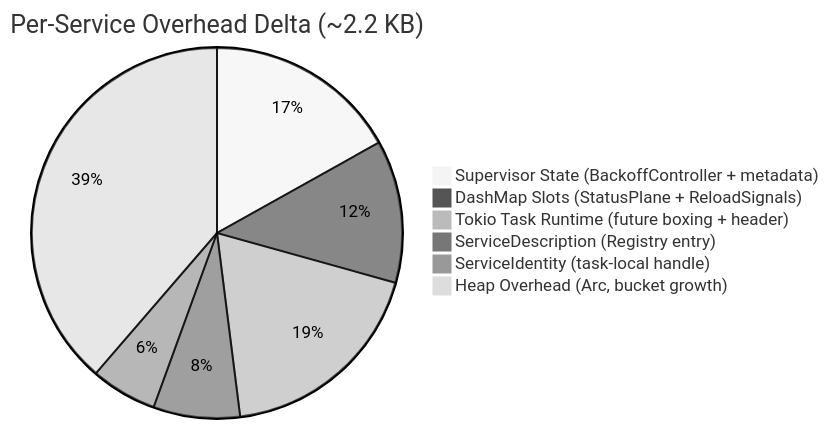
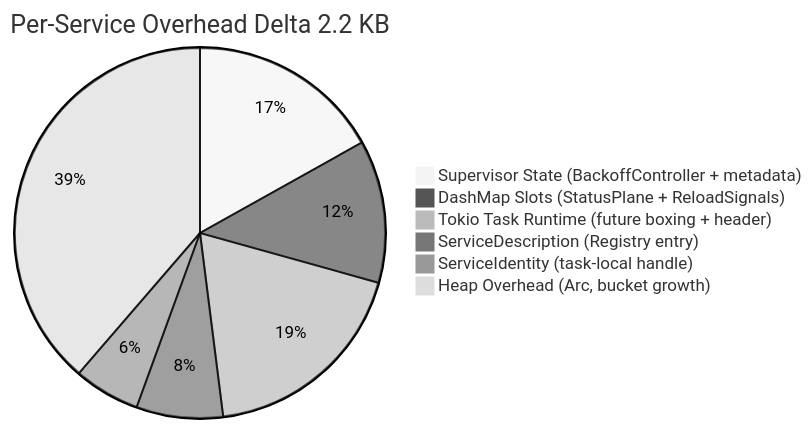
Before and after one commit to loft-games/service-daemon-rs: the second of 2 diagrams in docs/architecture/performance-benchmarks.md, drawn with Mermaid (neutral theme). The commit also changed other lines of this file, not shown here.

Commit message:
docs: Fix the issue where Mermaid diagrams cannot be rendered.

````diff
--- a/docs/architecture/performance-benchmarks.md
+++ b/docs/architecture/performance-benchmarks.md
@@ -108,9 +108,9 @@
 ```mermaid
-pie title Per-Service Overhead Delta (~2.2 KB)
-    "Supervisor State (BackoffController + metadata)" : 380
-    "DashMap Slots (StatusPlane + ReloadSignals)" : 280
-    "Tokio Task Runtime (future boxing + header)" : 420
-    "ServiceDescription (Registry entry)" : 170
-    "ServiceIdentity (task-local handle)" : 130
-    "Heap Overhead (Arc, bucket growth)" : 870
+pie title Per-Service Overhead Delta 2.2 KB
+"Supervisor State (BackoffController + metadata)" : 380
+"DashMap Slots (StatusPlane + ReloadSignals)" : 280
+"Tokio Task Runtime (future boxing + header)" : 420
+"ServiceDescription (Registry entry)" : 170
+"ServiceIdentity (task-local handle)" : 130
+"Heap Overhead (Arc, bucket growth)" : 870
 ```
````
